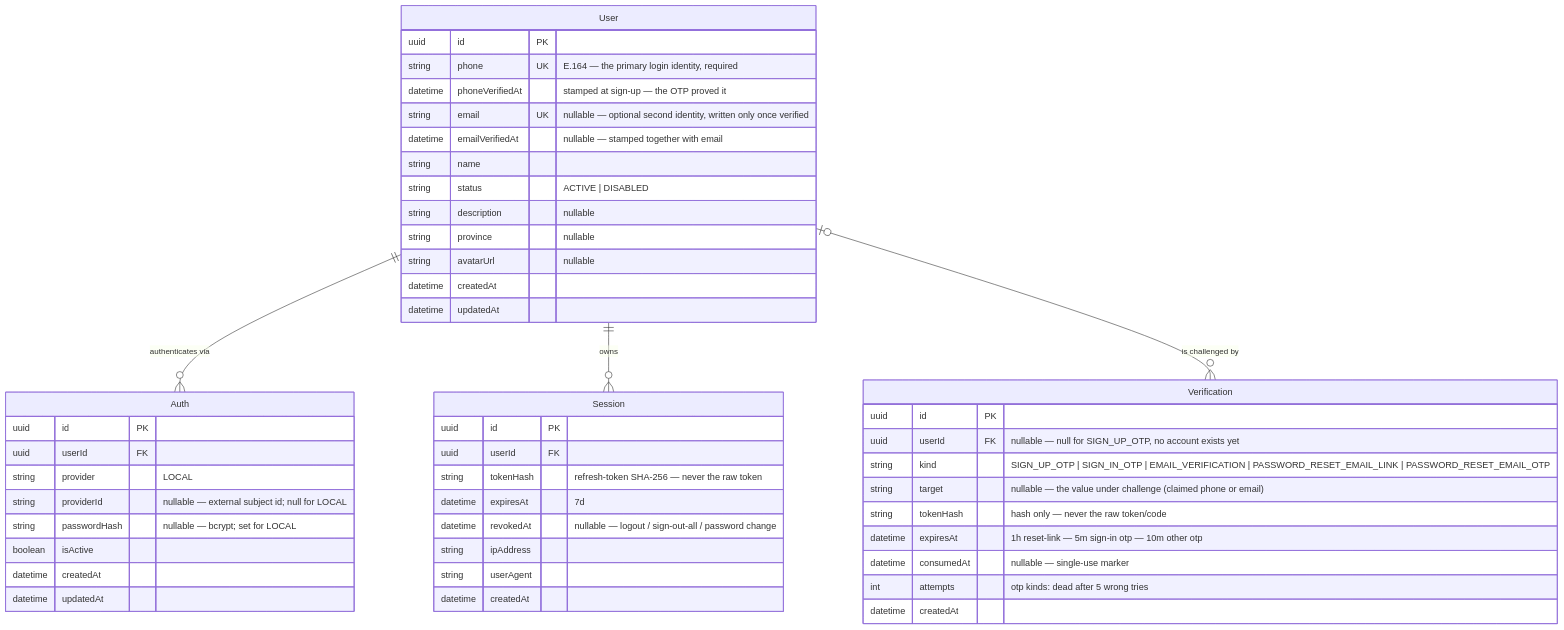
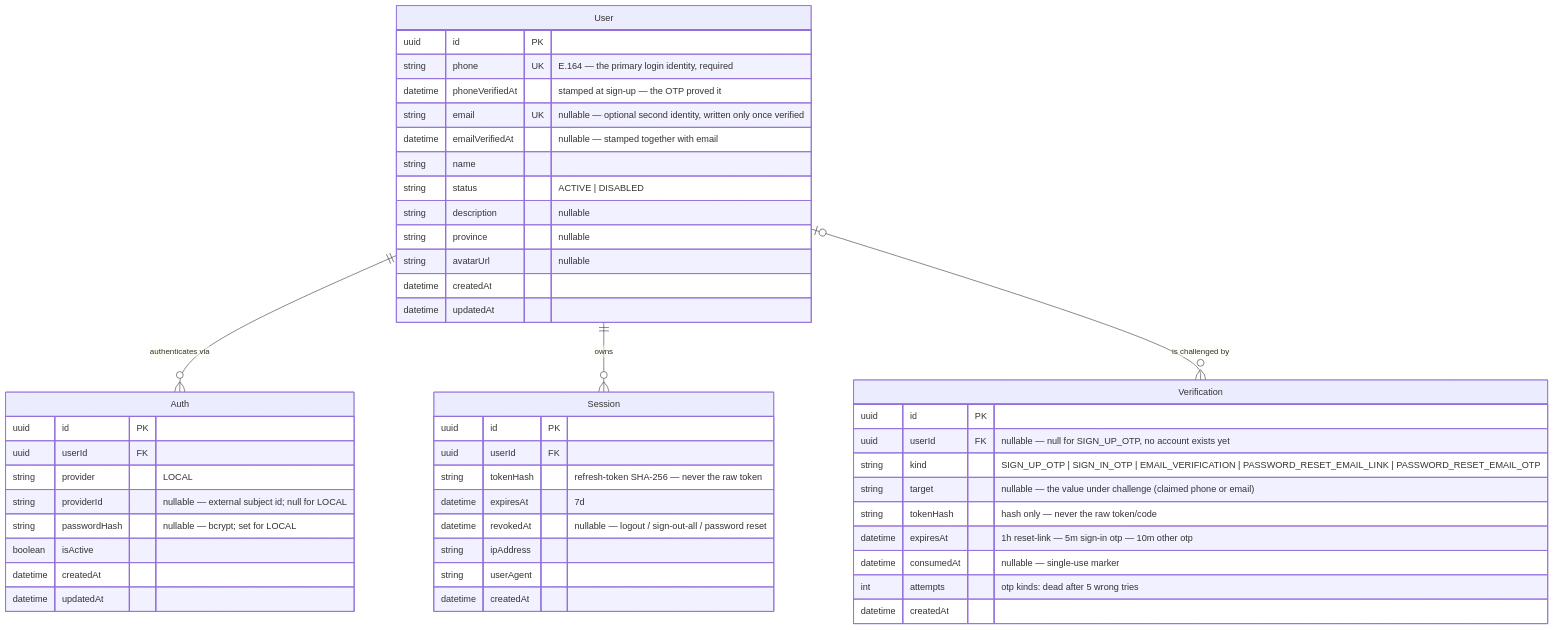
One commit to chuhaiphu/vinaup-platform changed the diagram in apps/api/docs/architecture/DB-DIAGRAM.md. Above: the diagram before and after it, drawn with Mermaid. The commit also changed other lines of this file and 23 other files, not shown here.

````diff
--- a/apps/api/docs/architecture/DB-DIAGRAM.md
+++ b/apps/api/docs/architecture/DB-DIAGRAM.md
@@ -22,55 +22,55 @@
 ```mermaid
 erDiagram
     User ||--o{ Auth : "authenticates via"
     User ||--o{ Session : "owns"
     User |o--o{ Verification : "is challenged by"
 
     User {
         uuid     id PK
         string   phone UK "E.164 — the primary login identity, required"
         datetime phoneVerifiedAt "stamped at sign-up — the OTP proved it"
         string   email UK "nullable — optional second identity, written only once verified"
         datetime emailVerifiedAt "nullable — stamped together with email"
         string   name
         string   status "ACTIVE | DISABLED"
         string   description "nullable"
         string   province "nullable"
         string   avatarUrl "nullable"
         datetime createdAt
         datetime updatedAt
     }
 
     Auth {
         uuid     id PK
         uuid     userId FK
         string   provider "LOCAL"
         string   providerId "nullable — external subject id; null for LOCAL"
         string   passwordHash "nullable — bcrypt; set for LOCAL"
         boolean  isActive
         datetime createdAt
         datetime updatedAt
     }
 
     Session {
         uuid     id PK
         uuid     userId FK
         string   tokenHash "refresh-token SHA-256 — never the raw token"
         datetime expiresAt "7d"
-        datetime revokedAt "nullable — logout / sign-out-all / password change"
+        datetime revokedAt "nullable — logout / sign-out-all / password reset"
         string   ipAddress
         string   userAgent
         datetime createdAt
     }
 
     Verification {
         uuid     id PK
         uuid     userId FK "nullable — null for SIGN_UP_OTP, no account exists yet"
         string   kind "SIGN_UP_OTP | SIGN_IN_OTP | EMAIL_VERIFICATION | PASSWORD_RESET_EMAIL_LINK | PASSWORD_RESET_EMAIL_OTP"
         string   target "nullable — the value under challenge (claimed phone or email)"
         string   tokenHash "hash only — never the raw token/code"
         datetime expiresAt "1h reset-link — 5m sign-in otp — 10m other otp"
         datetime consumedAt "nullable — single-use marker"
         int      attempts "otp kinds: dead after 5 wrong tries"
         datetime createdAt
     }
 ```
````
